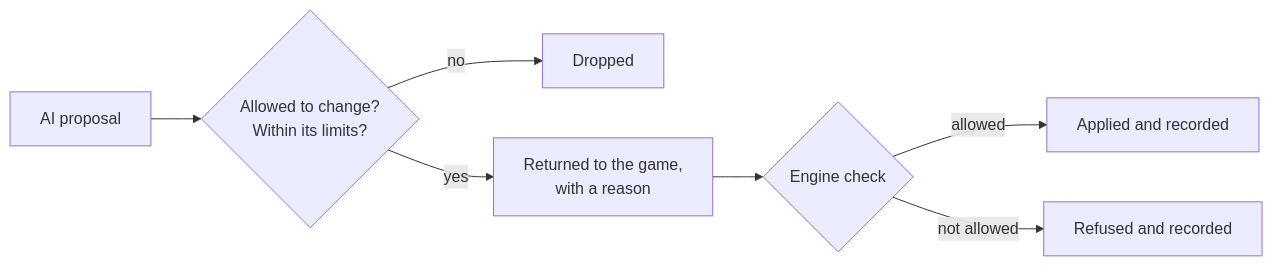
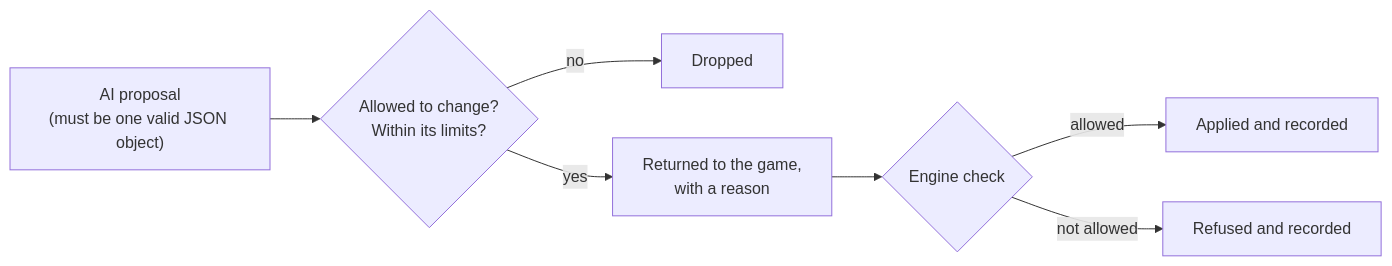
Before and after one commit to Eposyne/how-it-works: the second of 2 diagrams in director.md, drawn with Mermaid. The commit also changed other lines of this file and 1 other file, not shown here.

Commit message:
docs: say Director speaks JSON only and keeps value types

````diff
--- a/director.md
+++ b/director.md
@@ -55,9 +57,9 @@
 ```mermaid
 flowchart LR
-    proposal["AI proposal"] --> rules{"Allowed to change?<br/>Within its limits?"}
+    proposal["AI proposal<br/>(must be one valid JSON object)"] --> rules{"Allowed to change?<br/>Within its limits?"}
     rules -- "no" --> dropped["Dropped"]
     rules -- "yes" --> returned["Returned to the game,<br/>with a reason"]
     returned --> engine{"Engine check"}
     engine -- "allowed" --> applied["Applied and recorded"]
     engine -- "not allowed" --> refused["Refused and recorded"]
 ```
````
